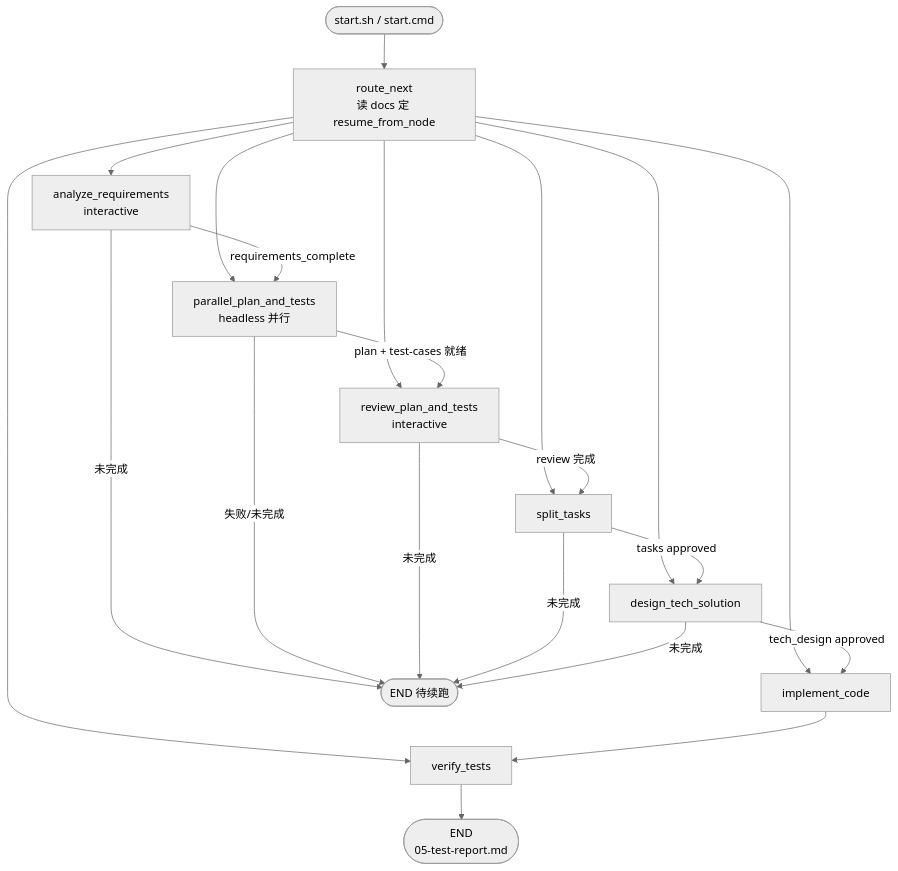
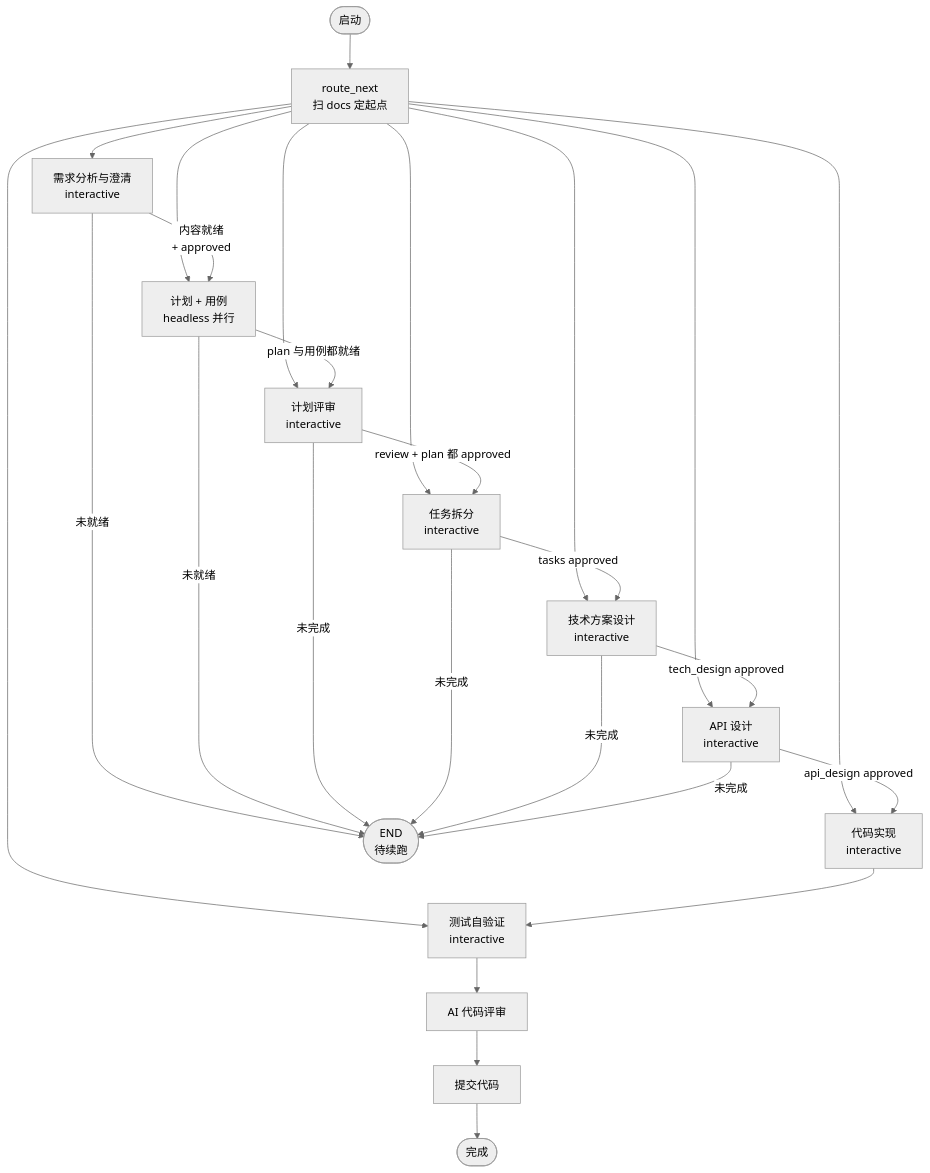
One commit to BeyondNothing/loop-ai-sdd-workflow-with-ui changed the third of 5 diagrams in README.md. Above: the diagram before and after it, drawn with Mermaid (neutral theme). The commit also changed other lines of this file and 27 other files, not shown here.

First line of the commit message:
Add API design node, QA quality tab, and rewrite project docs.

````diff
--- a/README.md
+++ b/README.md
@@ -222,29 +180,29 @@
 ```mermaid
 flowchart TD
-    START([start.sh / start.cmd]) --> ROUTE[route_next<br/>读 docs 定 resume_from_node]
-    ROUTE --> A[analyze_requirements<br/>interactive]
-    ROUTE --> P[parallel_plan_and_tests<br/>headless 并行]
-    ROUTE --> R[review_plan_and_tests<br/>interactive]
-    ROUTE --> T[split_tasks]
-    ROUTE --> TD[design_tech_solution]
-    ROUTE --> I[implement_code]
-    ROUTE --> V[verify_tests]
+  START([启动]) --> ROUTE["route_next<br/>扫 docs 定起点"]
+  ROUTE --> REQ["需求分析与澄清<br/>interactive"]
+  ROUTE --> PLAN["计划 + 用例<br/>headless 并行"]
+  ROUTE --> REVIEW["计划评审<br/>interactive"]
+  ROUTE --> TASKS["任务拆分<br/>interactive"]
+  ROUTE --> TECH["技术方案设计<br/>interactive"]
+  ROUTE --> API["API 设计<br/>interactive"]
+  ROUTE --> IMPL["代码实现<br/>interactive"]
+  ROUTE --> VERIFY["测试自验证<br/>interactive"]
 
-    A -->|requirements_complete| P
-    A -->|未完成| PAUSE([END 待续跑])
-
-    P -->|plan + test-cases 就绪| R
-    P -->|失败/未完成| PAUSE
-
-    R -->|review 完成| T
-    R -->|未完成| PAUSE
-
-    T -->|tasks approved| TD
-    T -->|未完成| PAUSE
-
-    TD -->|tech_design approved| I
-    TD -->|未完成| PAUSE
-
-    I --> V
-    V --> DONE([END<br/>05-test-report.md])
+  REQ -->|"内容就绪<br/>+ approved"| PLAN
+  REQ -->|"未就绪"| PAUSE(["END<br/>待续跑"])
+  PLAN -->|"plan 与用例都就绪"| REVIEW
+  PLAN -->|"未就绪"| PAUSE
+  REVIEW -->|"review + plan 都 approved"| TASKS
+  REVIEW -->|"未完成"| PAUSE
+  TASKS -->|"tasks approved"| TECH
+  TASKS -->|"未完成"| PAUSE
+  TECH -->|"tech_design approved"| API
+  TECH -->|"未完成"| PAUSE
+  API -->|"api_design approved"| IMPL
+  API -->|"未完成"| PAUSE
+  IMPL --> VERIFY
+  VERIFY --> AIREVIEW["AI 代码评审"]
+  AIREVIEW --> COMMIT["提交代码"]
+  COMMIT --> DONE([完成])
 ```
````
